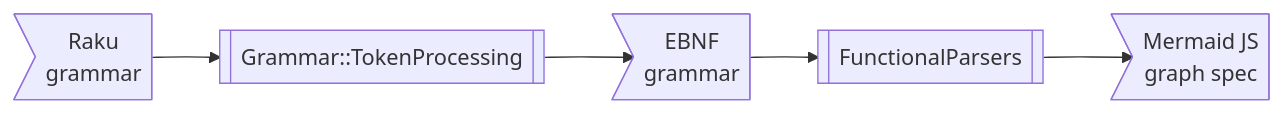
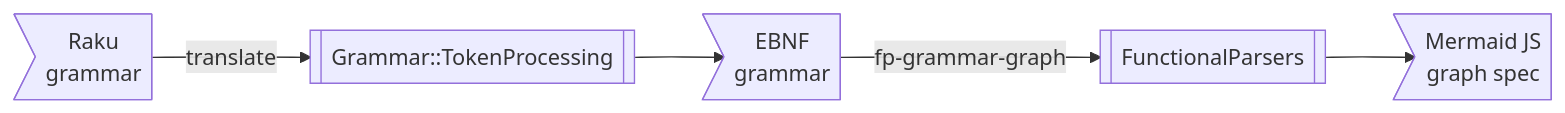
The third of 4 diagrams in Articles/Graph-representation-of-grammars-work.md (antononcube/RakuForPrediction-book), drawn with Mermaid before and after one commit. The commit also changed other lines of this file and 1 other file, not shown here.

Commit message:
docs:Added LLMs section. Better diagrams and explanations.

````diff
--- a/Articles/Graph-representation-of-grammars-work.md
+++ b/Articles/Graph-representation-of-grammars-work.md
@@ -70,9 +72,9 @@
 ```mermaid
 graph LR
     FPs[["FunctionalParsers"]]
     GramTP[["Grammar::TokenProcessing"]]
     grEBNF>EBNF<br>grammar]
     grRaku>Raku<br>grammar]
     mmdGraph>Mermaid JS<br>graph spec]
-    grRaku --> GramTP --> grEBNF --> FPs --> mmdGraph 
+    grRaku --> |translate|GramTP --> grEBNF --> |fp-grammar-graph|FPs --> mmdGraph
 ```
````
